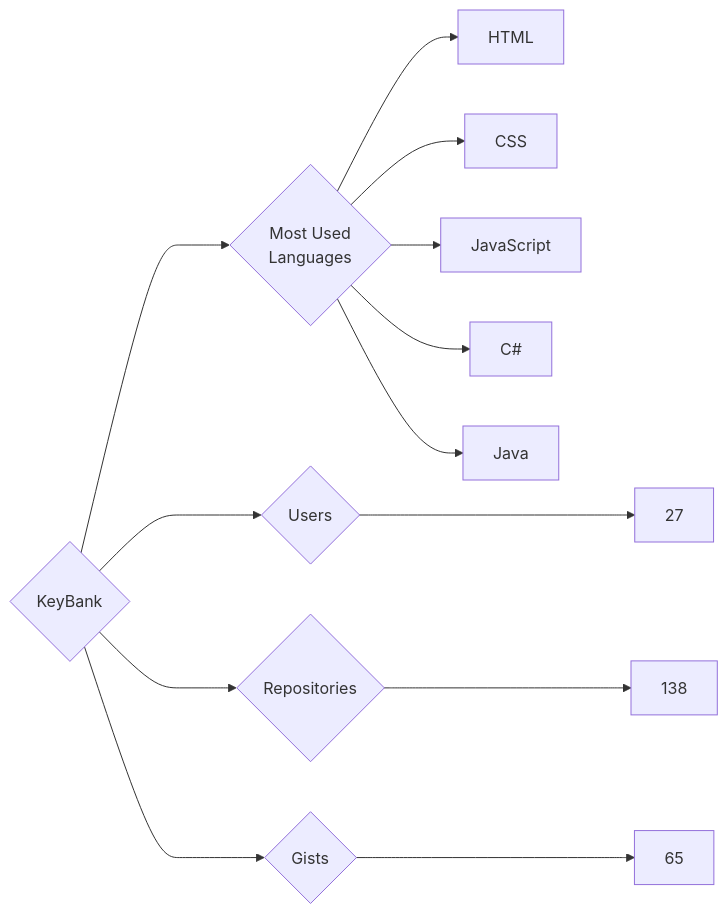
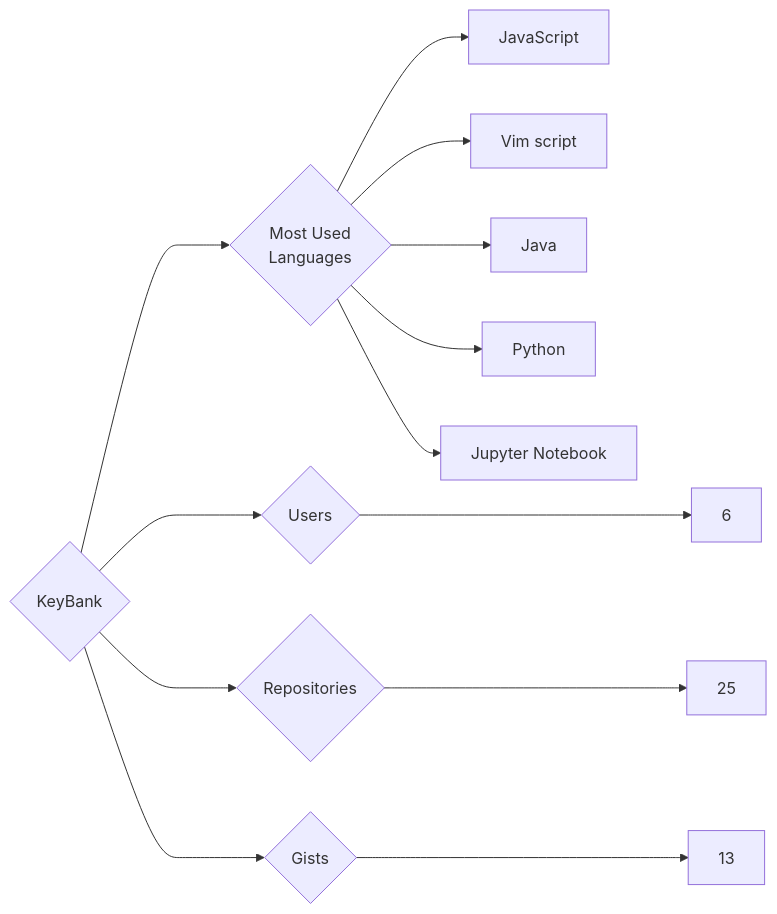
The diagram in targets/KeyBank/README.md (trickest/insiders), drawn with Mermaid before and after one commit. The commit also changed 891 other files, not shown here.

````diff
--- a/targets/KeyBank/README.md
+++ b/targets/KeyBank/README.md
@@ -3,13 +3,13 @@
 ```mermaid
 graph LR
 COMPANY_NAME{KeyBank}
-COMPANY_NAME ---> U{Users} ---> UN[27]
-COMPANY_NAME ---> R{Repositories} ---> RN[138]
-COMPANY_NAME ---> G{Gists} ---> GN[65]
+COMPANY_NAME ---> U{Users} ---> UN[6]
+COMPANY_NAME ---> R{Repositories} ---> RN[25]
+COMPANY_NAME ---> G{Gists} ---> GN[13]
 COMPANY_NAME ---> ML{Most Used<br>Languages}
-ML --> HTML[HTML]
-ML --> CSS[CSS]
 ML --> JavaScript[JavaScript]
-ML --> C#[C#]
+ML --> Vim_script[Vim script]
 ML --> Java[Java]
+ML --> Python[Python]
+ML --> Jupyter_Notebook[Jupyter Notebook]
 ```
````
